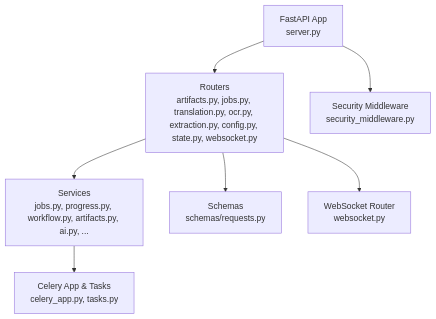
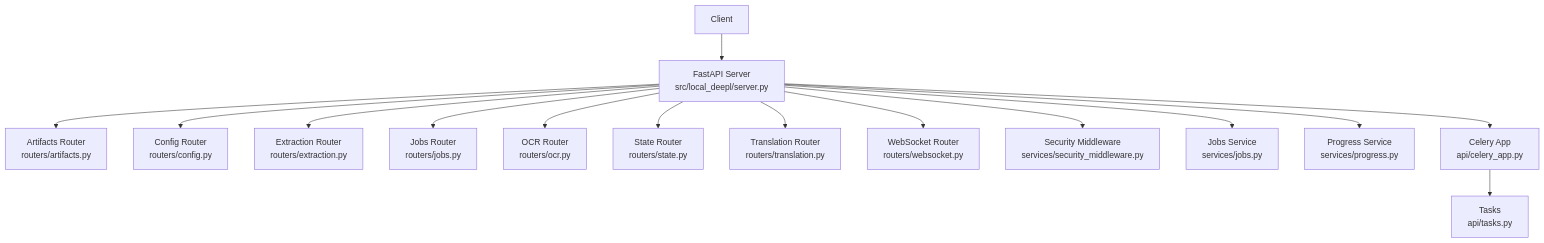
One commit to Sifr-r/LocalDeepL changed the first of 5 diagrams in .qoder/repowiki/en/content/API Reference/API Reference.md. Above: the diagram before and after it, drawn with Mermaid. The commit also changed other lines of this file and 246 other files, not shown here.

````diff
--- a/.qoder/repowiki/en/content/API Reference/API Reference.md
+++ b/.qoder/repowiki/en/content/API Reference/API Reference.md
@@ -51,9 +42,17 @@
 ```mermaid
 graph TB
-A["FastAPI App<br/>server.py"] --> B["Routers<br/>artifacts.py, jobs.py, translation.py, ocr.py, extraction.py, config.py, state.py, websocket.py"]
-A --> C["Security Middleware<br/>security_middleware.py"]
-B --> D["Services<br/>jobs.py, progress.py, workflow.py, artifacts.py, ai.py, ..."]
-B --> E["Schemas<br/>schemas/requests.py"]
-D --> F["Celery App & Tasks<br/>celery_app.py, tasks.py"]
-B --> G["WebSocket Router<br/>websocket.py"]
+Client["Client"] --> Server["FastAPI Server<br/>src/local_deepl/server.py"]
+Server --> R_Artifacts["Artifacts Router<br/>routers/artifacts.py"]
+Server --> R_Config["Config Router<br/>routers/config.py"]
+Server --> R_Extraction["Extraction Router<br/>routers/extraction.py"]
+Server --> R_Jobs["Jobs Router<br/>routers/jobs.py"]
+Server --> R_OCR["OCR Router<br/>routers/ocr.py"]
+Server --> R_State["State Router<br/>routers/state.py"]
+Server --> R_Translation["Translation Router<br/>routers/translation.py"]
+Server --> R_WS["WebSocket Router<br/>routers/websocket.py"]
+Server --> SecMW["Security Middleware<br/>services/security_middleware.py"]
+Server --> JobsSvc["Jobs Service<br/>services/jobs.py"]
+Server --> ProgressSvc["Progress Service<br/>services/progress.py"]
+Server --> Celery["Celery App<br/>api/celery_app.py"]
+Celery --> Tasks["Tasks<br/>api/tasks.py"]
 ```
````
